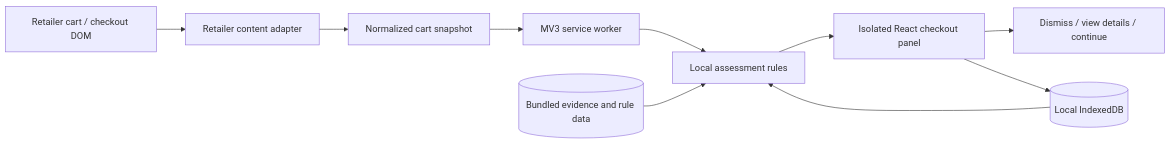
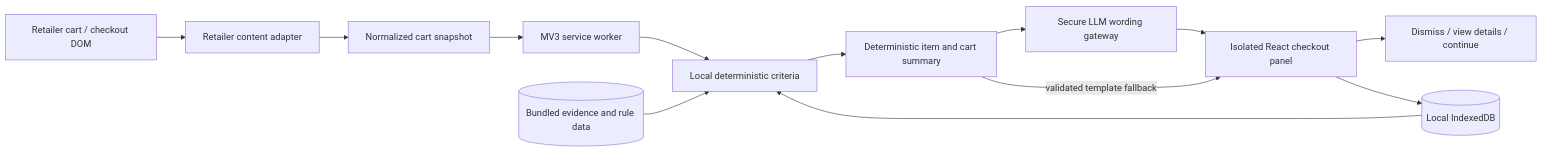
Before and after one commit to girwandhakal/WorthIt: the diagram in docs/TECH_SPEC.md, drawn with Mermaid. The commit also changed other lines of this file and 1 other file, not shown here.

First line of the commit message:
docs: define deterministic cart review and LLM summary

````diff
--- a/docs/TECH_SPEC.md
+++ b/docs/TECH_SPEC.md
@@ -49,12 +52,15 @@
 ```mermaid
 flowchart LR
   Page[Retailer cart / checkout DOM] --> Adapter[Retailer content adapter]
   Adapter --> Normalize[Normalized cart snapshot]
   Normalize --> Worker[MV3 service worker]
-  Worker --> Rules[Local assessment rules]
+  Worker --> Rules[Local deterministic criteria]
   History[(Local IndexedDB)] --> Rules
   Catalog[(Bundled evidence and rule data)] --> Rules
-  Rules --> View[Isolated React checkout panel]
+  Rules --> Aggregate[Deterministic item and cart summary]
+  Aggregate --> Gateway[Secure LLM wording gateway]
+  Gateway --> View[Isolated React checkout panel]
+  Aggregate -->|validated template fallback| View
   View --> Choice[Dismiss / view details / continue]
   View --> History
 ```
````
